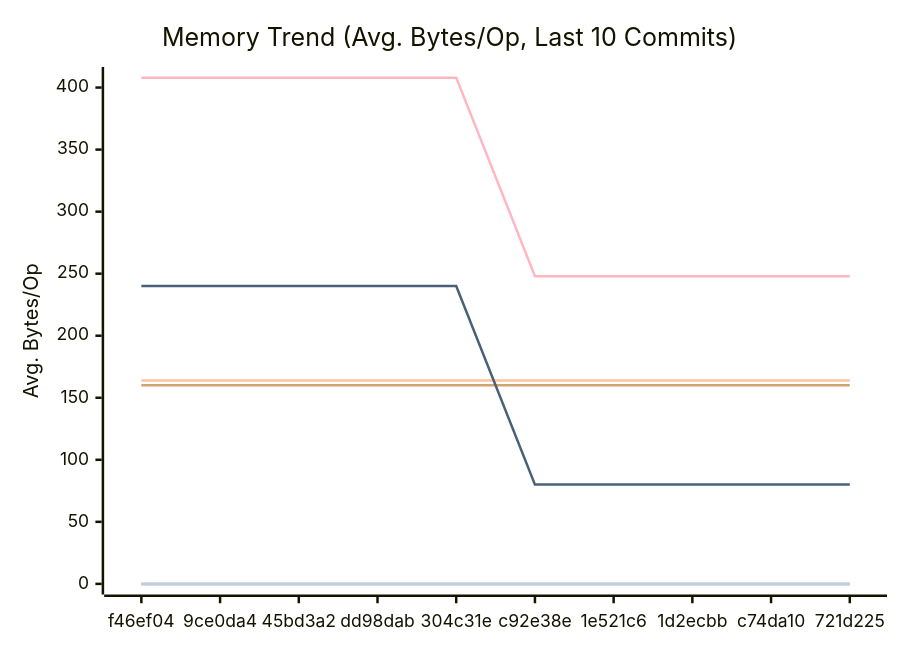
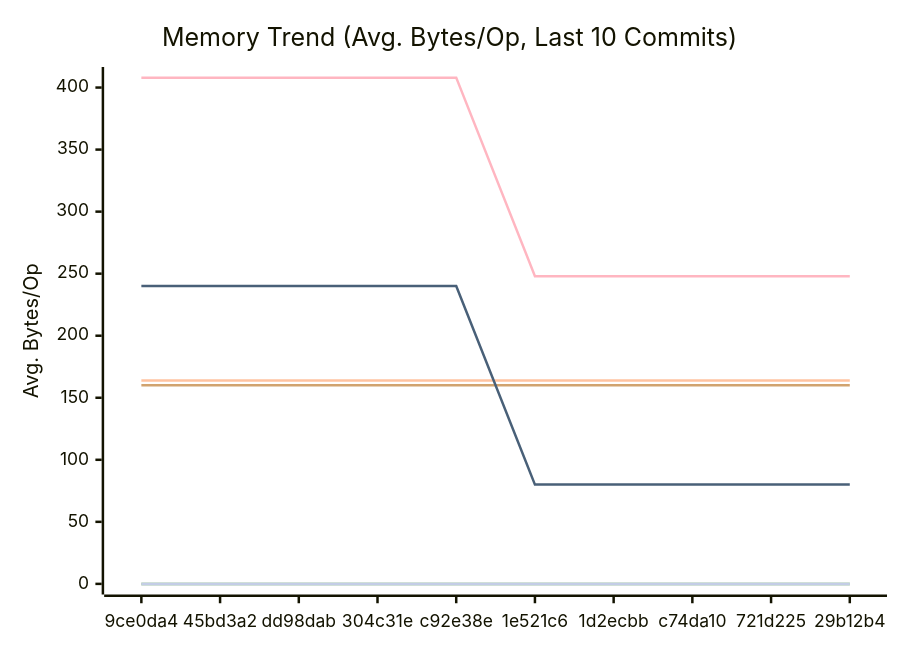
The second of 3 diagrams in docs/PERFORMANCE.md (alsotoes/momo), drawn with Mermaid before and after one commit. The commit also changed other lines of this file and 2 other files, not shown here.

````diff
--- a/docs/PERFORMANCE.md
+++ b/docs/PERFORMANCE.md
@@ -97,16 +97,16 @@
 ```mermaid
 xychart-beta
     title "Memory Trend (Avg. Bytes/Op, Last 10 Commits)"
     x-axis "Commit"
     y-axis "Avg. Bytes/Op"
-    x-axis [f46ef04,9ce0da4,45bd3a2,dd98dab,304c31e,c92e38e,1e521c6,1d2ecbb,c74da10,721d225]
+    x-axis [9ce0da4,45bd3a2,dd98dab,304c31e,c92e38e,1e521c6,1d2ecbb,c74da10,721d225,29b12b4]
     line "CheckMetricsAndSwap" [0,0,0,0,0,0,0,0,0,0]
     line "CrushOptimized" [0,0,0,0,0,0,0,0,0,0]
     line "CrushOriginal" [164,164,164,164,164,164,164,164,164,164]
     line "IndexDirectTracking" [0,0,0,0,0,0,0,0,0,0]
     line "IndexSearch" [0,0,0,0,0,0,0,0,0,0]
     line "LoadGlobalConfig" [160,160,160,160,160,160,160,160,160,160]
     line "PadString" [0,0,0,0,0,0,0,0,0,0]
     line "ParseReplicationOrder_NoPrealloc" [408,408,408,408,408,248,248,248,248,248]
     line "ParseReplicationOrder_Prealloc" [240,240,240,240,240,80,80,80,80,80]
 ```
````
